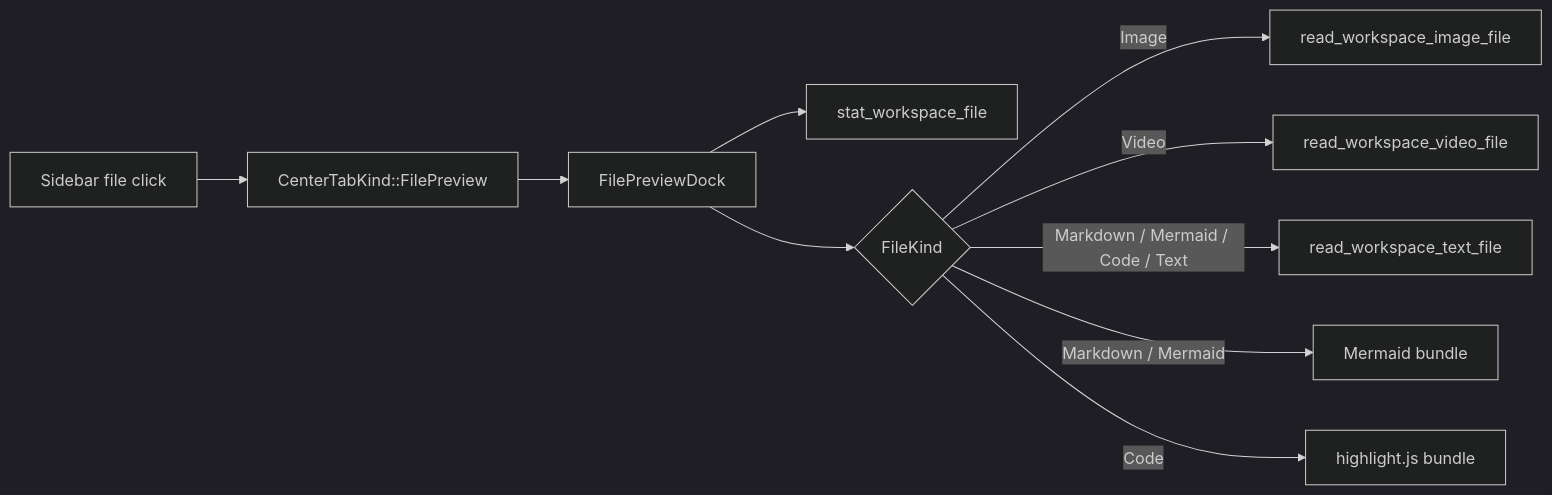
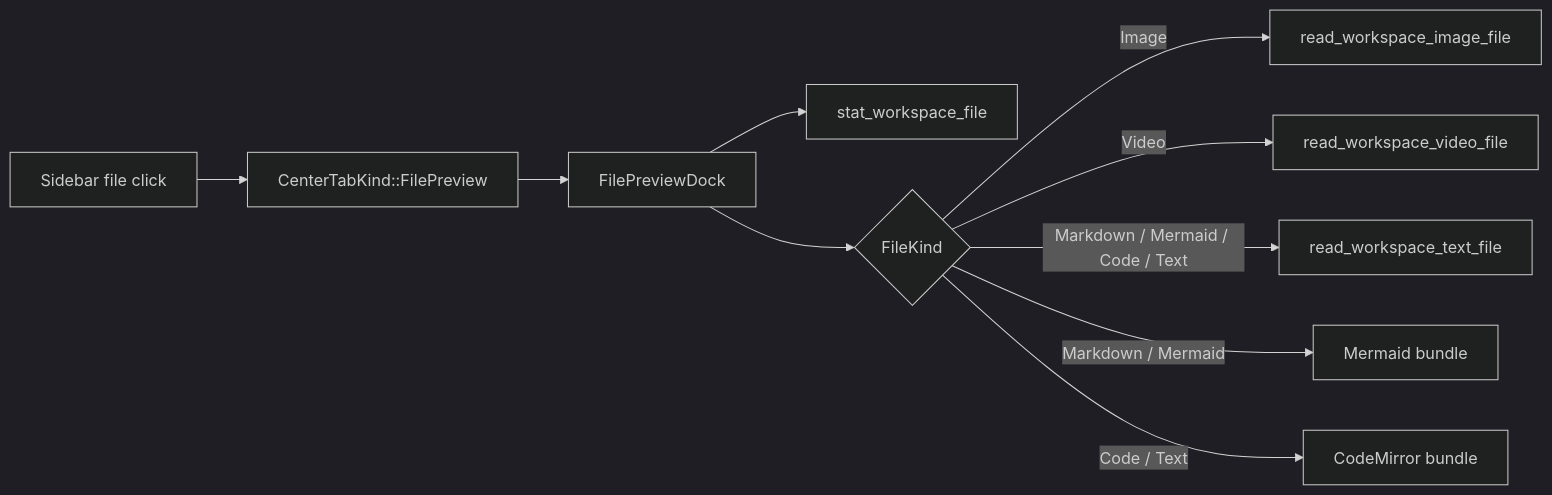
One commit to Bitslix/BLXCode changed the fourth of 5 diagrams in docs/developer/architecture.md. Above: the diagram before and after it, drawn with Mermaid (dark theme). The commit also changed other lines of this file and 13 other files, not shown here.

````diff
--- a/docs/developer/architecture.md
+++ b/docs/developer/architecture.md
@@ -204,20 +207,20 @@
 ```mermaid
 flowchart LR
   Click[Sidebar file click]
   Tab[CenterTabKind::FilePreview]
   Dock[FilePreviewDock]
   Stat[stat_workspace_file]
   Disp{FileKind}
   Img[read_workspace_image_file]
   Vid[read_workspace_video_file]
   Txt[read_workspace_text_file]
   Mer[Mermaid bundle]
-  Hjs[highlight.js bundle]
+  Cm[CodeMirror bundle]
   Click --> Tab --> Dock --> Stat
   Dock --> Disp
   Disp -->|Image| Img
   Disp -->|Video| Vid
   Disp -->|Markdown / Mermaid / Code / Text| Txt
   Disp -->|Markdown / Mermaid| Mer
-  Disp -->|Code| Hjs
+  Disp -->|Code / Text| Cm
 ```
````
